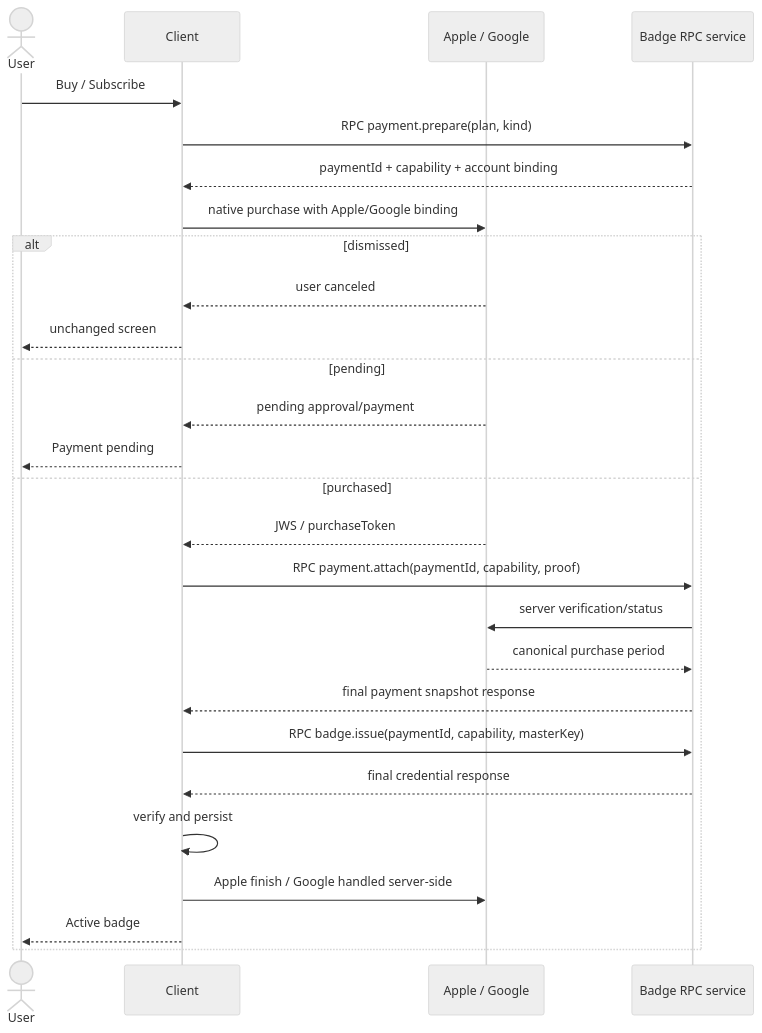
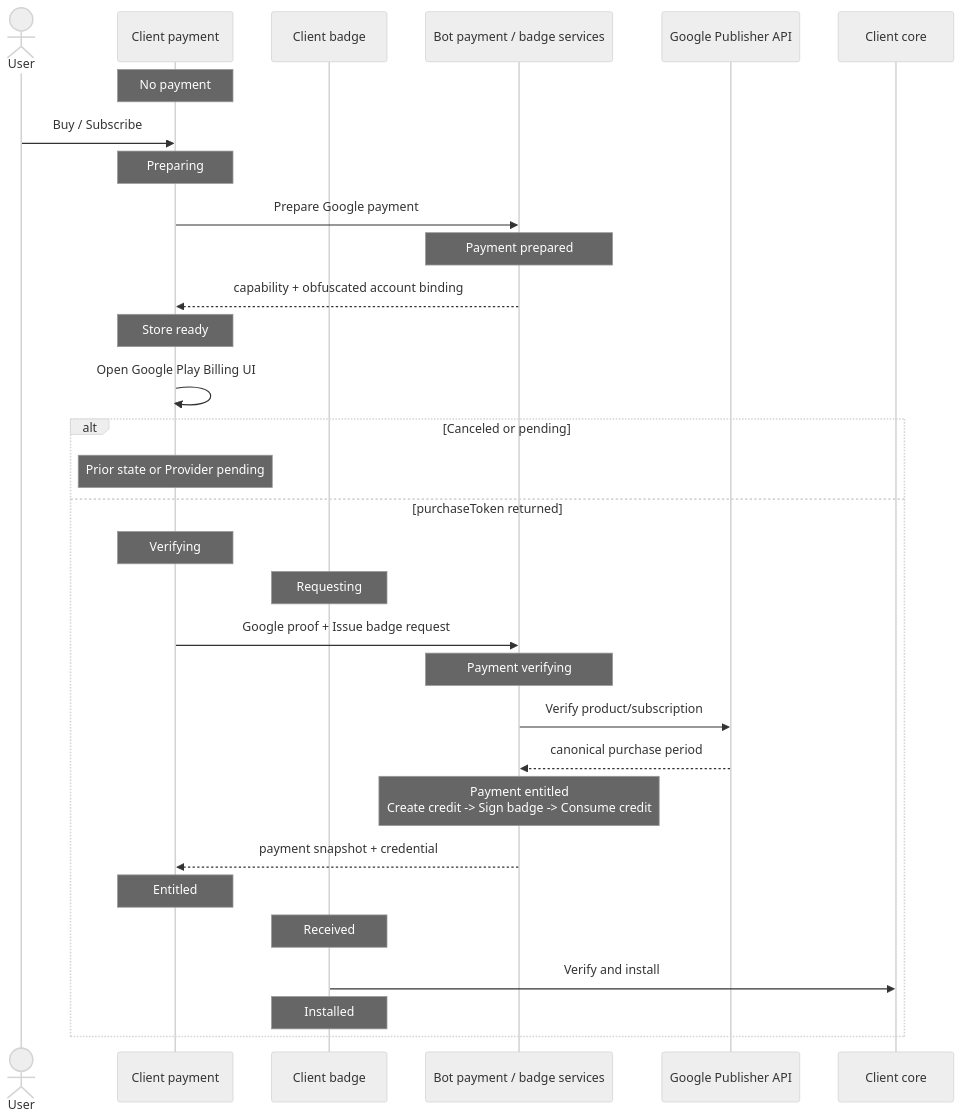
Before and after one commit to simplex-chat/simplex-chat: the second of 4 diagrams in plans/2026-07-20-supporter-badges-v2-product.md, drawn with Mermaid (neutral theme). The commit also changed other lines of this file and 4 other files, not shown here.

Commit message:
docs: clarify badge payment state ownership

````diff
--- a/plans/2026-07-20-supporter-badges-v2-product.md
+++ b/plans/2026-07-20-supporter-badges-v2-product.md
@@ -137,29 +145,34 @@
 ```mermaid
 sequenceDiagram
   actor U as User
-  participant C as Client
-  participant P as Apple / Google
-  participant B as Badge RPC service
-  U->>C: Buy / Subscribe
-  C->>B: RPC payment.prepare(plan, kind)
-  B-->>C: paymentId + capability + account binding
-  C->>P: native purchase with Apple/Google binding
-  alt dismissed
-    P-->>C: user canceled
-    C-->>U: unchanged screen
-  else pending
-    P-->>C: pending approval/payment
-    C-->>U: Payment pending
-  else purchased
-    P-->>C: JWS / purchaseToken
-    C->>B: RPC payment.attach(paymentId, capability, proof)
-    B->>P: server verification/status
-    P-->>B: canonical purchase period
-    B-->>C: final payment snapshot response
-    C->>B: RPC badge.issue(paymentId, capability, masterKey)
-    B-->>C: final credential response
-    C->>C: verify and persist
-    C->>P: Apple finish / Google handled server-side
-    C-->>U: Active badge
+  participant CP as Client payment
+  participant CB as Client badge
+  participant B as Bot payment / badge services
+  participant G as Google Publisher API
+  participant Core as Client core
+
+  Note over CP: No payment
+  U->>CP: Buy / Subscribe
+  Note over CP: Preparing
+  CP->>B: Prepare Google payment
+  Note over B: Payment prepared
+  B-->>CP: capability + obfuscated account binding
+  Note over CP: Store ready
+  CP->>CP: Open Google Play Billing UI
+  alt Canceled or pending
+    Note over CP: Prior state or Provider pending
+  else purchaseToken returned
+    Note over CP: Verifying
+    Note over CB: Requesting
+    CP->>B: Google proof + Issue badge request
+    Note over B: Payment verifying
+    B->>G: Verify product/subscription
+    G-->>B: canonical purchase period
+    Note over B: Payment entitled<br/>Create credit -> Sign badge -> Consume credit
+    B-->>CP: payment snapshot + credential
+    Note over CP: Entitled
+    Note over CB: Received
+    CB->>Core: Verify and install
+    Note over CB: Installed
   end
 ```
````
